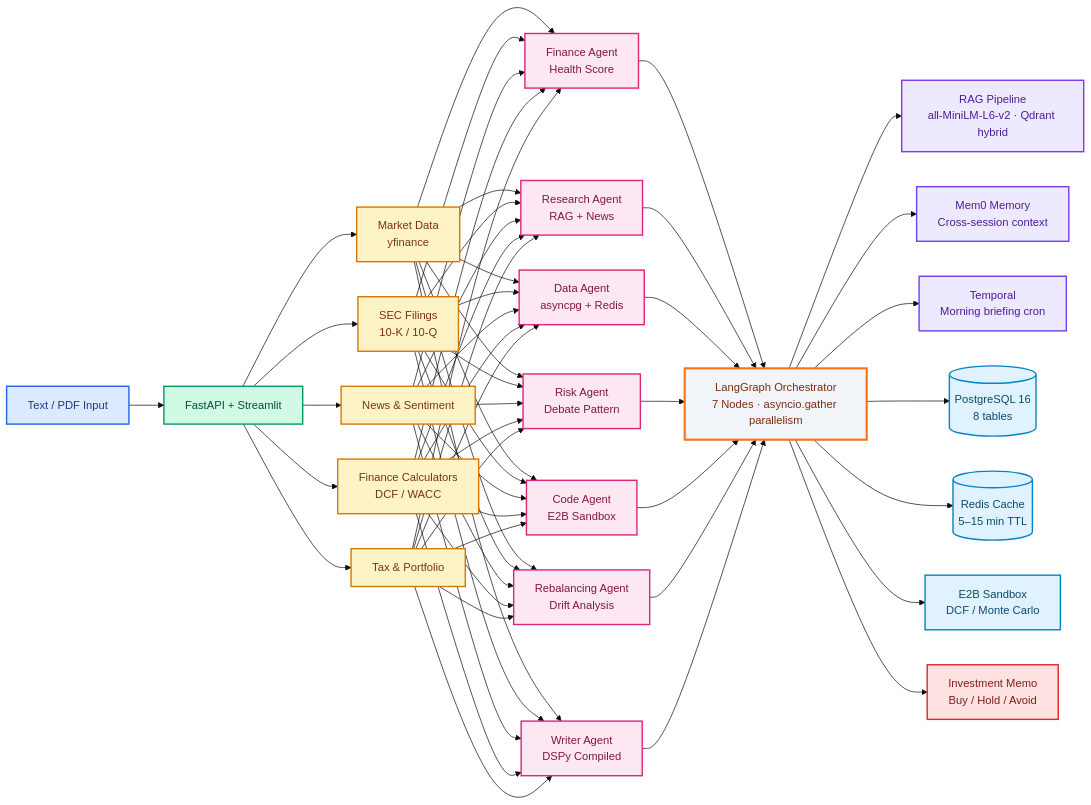
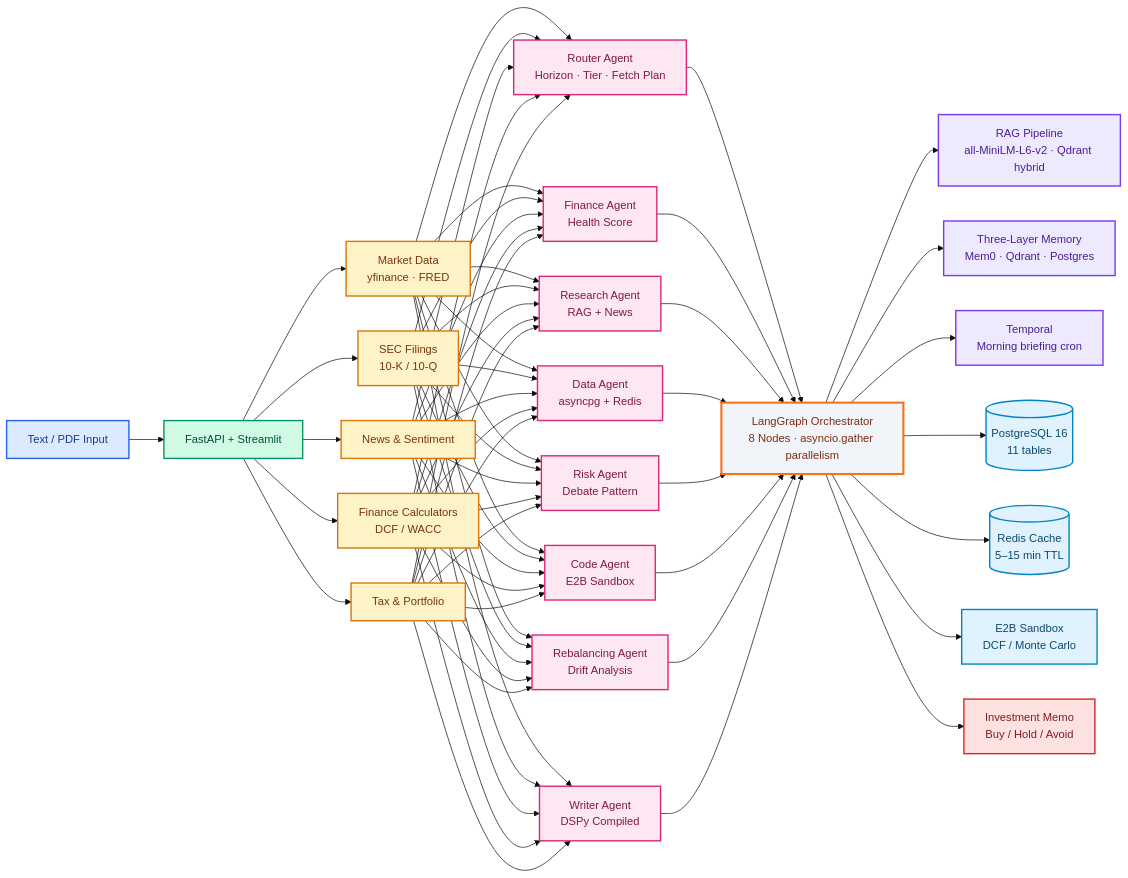
One commit to AmanDataGuy/WealthOS changed the diagram in README.md. Above: the diagram before and after it, drawn with Mermaid (base theme). The commit also changed other lines of this file and 2 other files, not shown here.

Commit message:
feat: redesign Streamlit app + update README and API

````diff
--- a/README.md
+++ b/README.md
@@ -30,39 +30,40 @@
 ```mermaid
 flowchart LR
     classDef input fill:#dbeafe,stroke:#2563eb,stroke-width:2px,color:#1e3a8a
     classDef interface fill:#d1fae5,stroke:#059669,stroke-width:2px,color:#064e3b
     classDef mcp fill:#fef3c7,stroke:#d97706,stroke-width:2px,color:#78350f
     classDef agent fill:#fce7f3,stroke:#db2777,stroke-width:2px,color:#831843
     classDef orch fill:#f1f5f9,stroke:#f97316,stroke-width:3px,color:#7c2d12
     classDef intel fill:#ede9fe,stroke:#7c3aed,stroke-width:2px,color:#4c1d95
     classDef data fill:#e0f2fe,stroke:#0284c7,stroke-width:2px,color:#0c4a6e
     classDef output fill:#fee2e2,stroke:#dc2626,stroke-width:2px,color:#7f1d1d
 
     Input[Text / PDF Input]:::input --> FastAPI[FastAPI + Streamlit]:::interface
 
-    FastAPI --> M1[Market Data<br>yfinance]:::mcp
+    FastAPI --> M1[Market Data<br>yfinance · FRED]:::mcp
     FastAPI --> M2[SEC Filings<br>10-K / 10-Q]:::mcp
     FastAPI --> M3[News & Sentiment]:::mcp
     FastAPI --> M4[Finance Calculators<br>DCF / WACC]:::mcp
     FastAPI --> M5[Tax & Portfolio]:::mcp
 
+    M1 & M2 & M3 & M4 & M5 --> A0[Router Agent<br>Horizon · Tier · Fetch Plan]:::agent
     M1 & M2 & M3 & M4 & M5 --> A1[Finance Agent<br>Health Score]:::agent
     M1 & M2 & M3 & M4 & M5 --> A2[Research Agent<br>RAG + News]:::agent
     M1 & M2 & M3 & M4 & M5 --> A3[Data Agent<br>asyncpg + Redis]:::agent
     M1 & M2 & M3 & M4 & M5 --> A4[Risk Agent<br>Debate Pattern]:::agent
     M1 & M2 & M3 & M4 & M5 --> A5[Code Agent<br>E2B Sandbox]:::agent
     M1 & M2 & M3 & M4 & M5 --> A6[Rebalancing Agent<br>Drift Analysis]:::agent
     M1 & M2 & M3 & M4 & M5 --> A7[Writer Agent<br>DSPy Compiled]:::agent
 
-    A1 & A2 & A3 & A4 & A5 & A6 & A7 --> Orchestrator[LangGraph Orchestrator<br>7 Nodes · asyncio.gather parallelism]:::orch
+    A0 & A1 & A2 & A3 & A4 & A5 & A6 & A7 --> Orchestrator[LangGraph Orchestrator<br>8 Nodes · asyncio.gather parallelism]:::orch
 
     Orchestrator --> RAG[RAG Pipeline<br>all-MiniLM-L6-v2 · Qdrant hybrid]:::intel
-    Orchestrator --> Mem0[Mem0 Memory<br>Cross-session context]:::intel
+    Orchestrator --> Mem0[Three-Layer Memory<br>Mem0 · Qdrant · Postgres]:::intel
     Orchestrator --> Temporal[Temporal<br>Morning briefing cron]:::intel
 
-    Orchestrator --> DB[(PostgreSQL 16<br>8 tables)]:::data
+    Orchestrator --> DB[(PostgreSQL 16<br>11 tables)]:::data
     Orchestrator --> Cache[(Redis Cache<br>5–15 min TTL)]:::data
     Orchestrator --> Sandbox[E2B Sandbox<br>DCF / Monte Carlo]:::data
 
     Orchestrator --> Output[Investment Memo<br>Buy / Hold / Avoid]:::output
 ```
````
